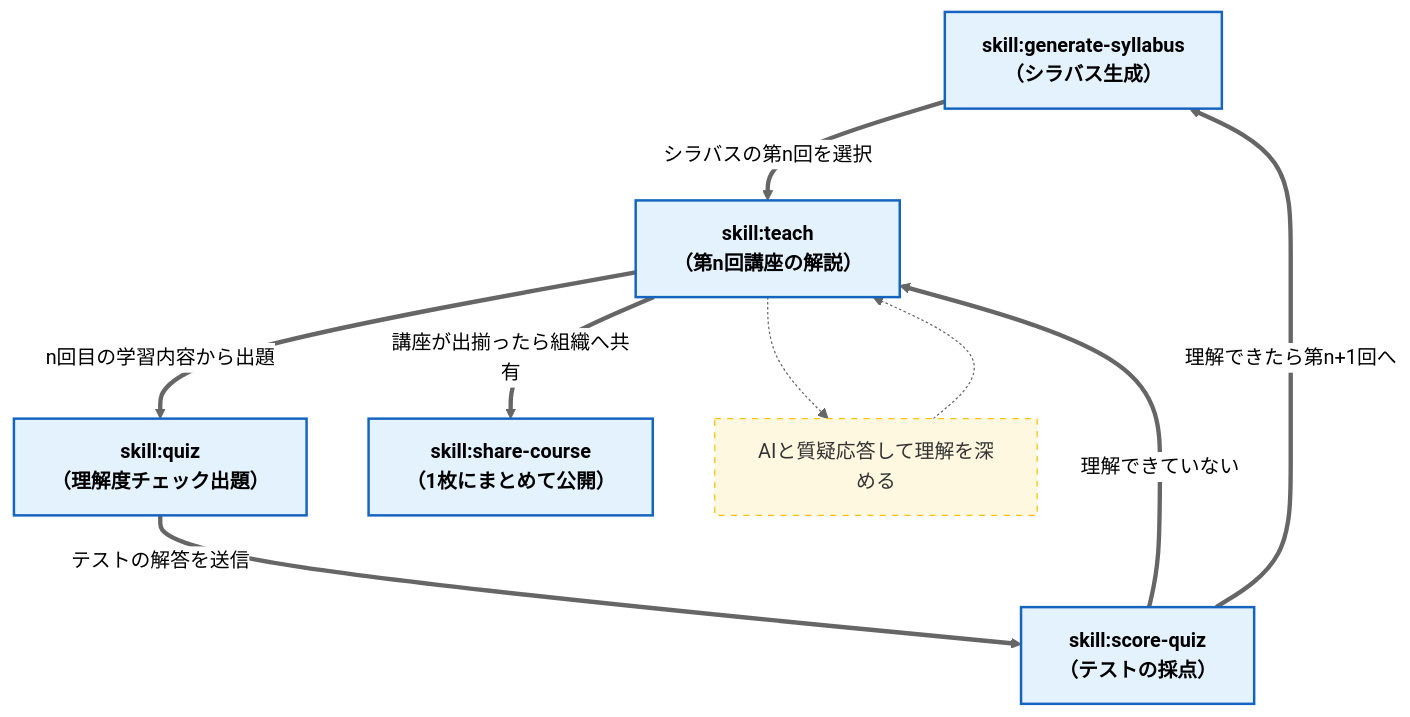
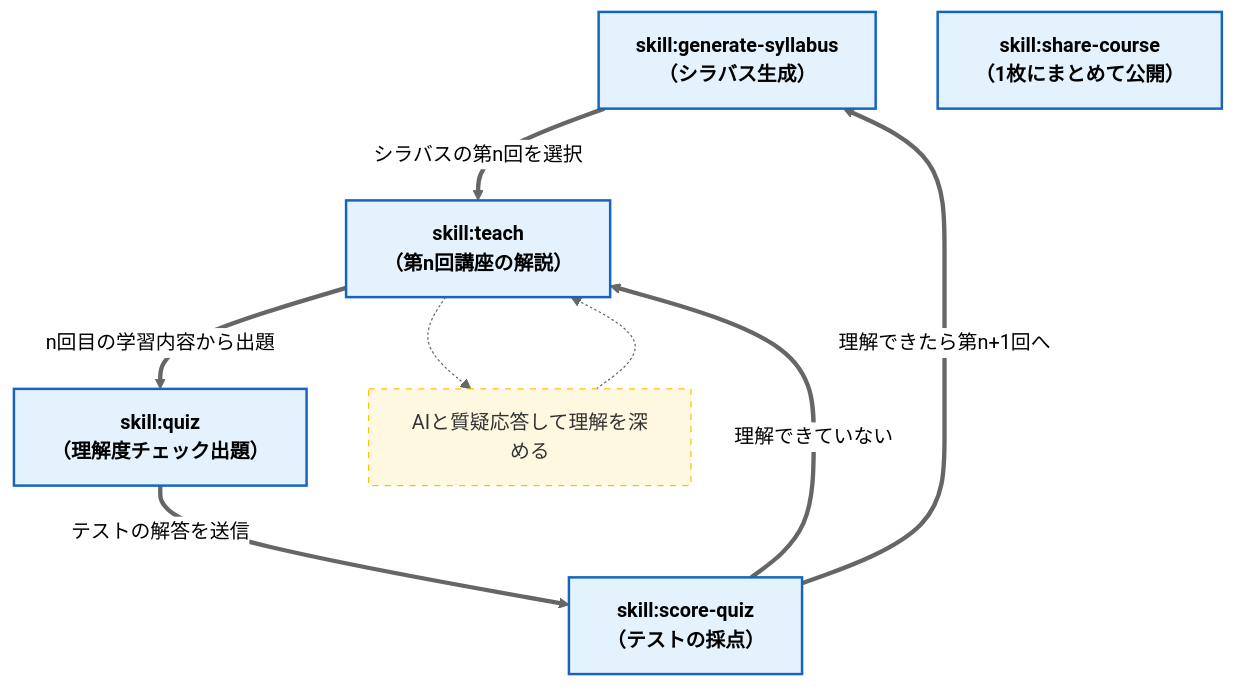
One commit to pye-hj/claude-academy changed the diagram in README.md. Above: the diagram before and after it, drawn with Mermaid (neutral theme). The commit also changed other lines of this file, not shown here.

````diff
--- a/README.md
+++ b/README.md
@@ -60,28 +62,27 @@
 ```mermaid
 flowchart TD
 %% ノードの定義
 GS["skill:generate-syllabus<br/>（シラバス生成）"]
 TL["skill:teach<br/>（第n回講座の解説）"]
 QZ["skill:quiz<br/>（理解度チェック出題）"]
 SQ["skill:score-quiz<br/>（テストの採点）"]
 SC["skill:share-course<br/>（1枚にまとめて公開）"]
 
     %% 各ステップの補足情報（サブノート）
     noteTL["AIと質疑応答して理解を深める"]
 
     GS == "シラバスの第n回を選択" ==> TL
     TL -.-> noteTL
     noteTL -.-> TL
     SQ == "理解できていない" ==> TL
     SQ == "理解できたら第n+1回へ" ==> GS
     TL == "n回目の学習内容から出題" ==> QZ
     QZ == "テストの解答を送信" ==> SQ
-    TL == "講座が出揃ったら組織へ共有" ==> SC
 
     %% スタイリング
     classDef main fill:#e3f2fd,stroke:#1565c0,stroke-width:2px,color:#000,font-weight:bold
     classDef note fill:#fff8e1,stroke:#ffc107,stroke-width:1px,color:#333,stroke-dasharray: 5 5
 
     class GS,TL,QZ,SQ,SC main
     class noteGS,noteTL,noteQZ note
 ```
````
